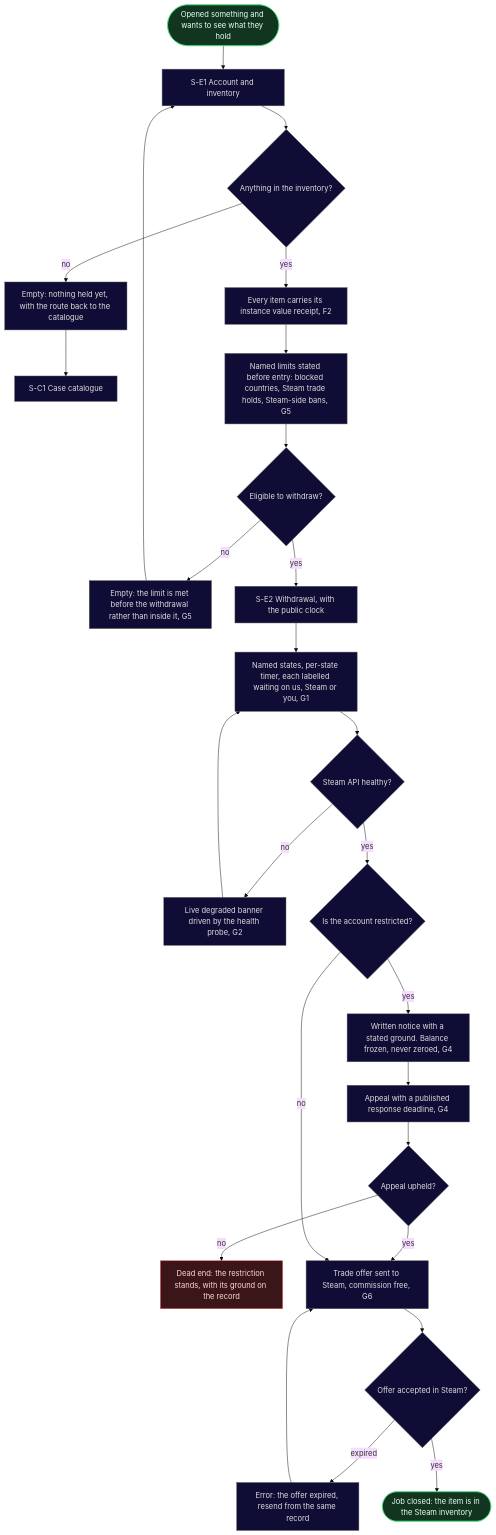
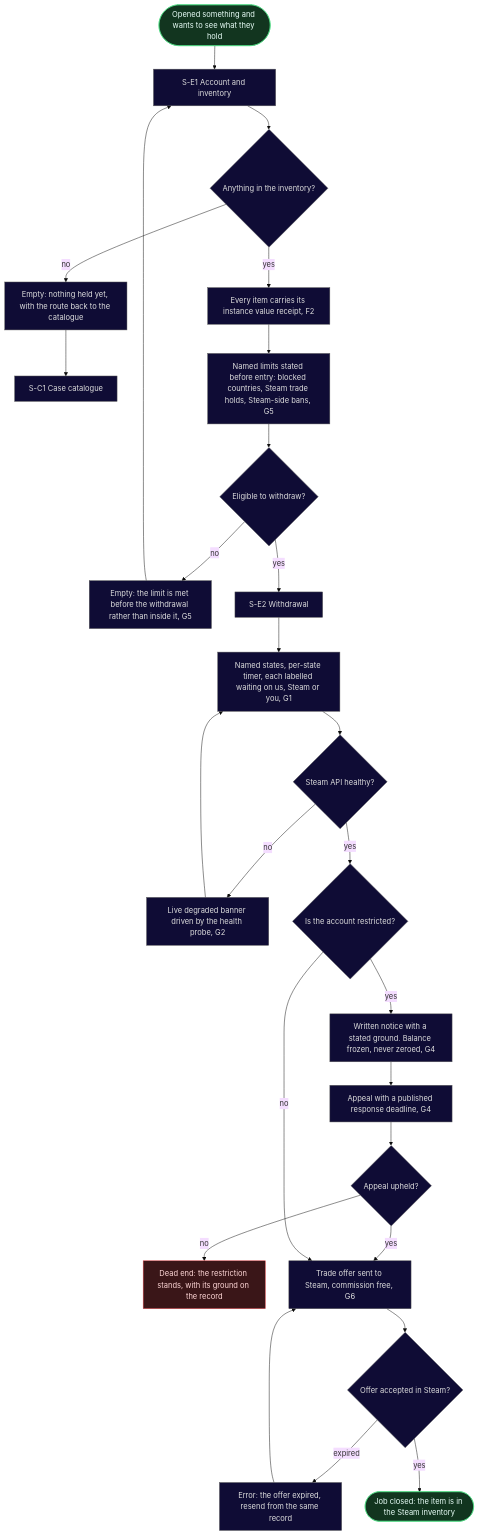
The fifth of 6 diagrams in ia/docs/flows.md (sergiodesign4u-dot/cs2-clutch), drawn with Mermaid (base theme) before and after one commit. The commit also changed other lines of this file and 4 other files, not shown here.

````diff
--- a/ia/docs/flows.md
+++ b/ia/docs/flows.md
@@ -170,35 +215,35 @@
 ```mermaid
 flowchart TD
     W0(["Opened something and wants to see what they hold"]) --> Inv["S-E1 Account and inventory"]
     Inv --> Has{"Anything in the inventory?"}
     Has -->|no| Empty3["Empty: nothing held yet, with the route back to the catalogue"]
     Empty3 --> Cat3["S-C1 Case catalogue"]
     Has -->|yes| Rec["Every item carries its instance value receipt, F2"]
     Rec --> Limits["Named limits stated before entry: blocked countries, Steam trade holds, Steam-side bans, G5"]
     Limits --> Elig{"Eligible to withdraw?"}
     Elig -->|no| NotYet["Empty: the limit is met before the withdrawal rather than inside it, G5"]
     NotYet --> Inv
-    Elig -->|yes| Start2["S-E2 Withdrawal, with the public clock"]
+    Elig -->|yes| Start2["S-E2 Withdrawal"]
     Start2 --> Clock["Named states, per-state timer, each labelled waiting on us, Steam or you, G1"]
     Clock --> Health{"Steam API healthy?"}
     Health -->|no| Degraded["Live degraded banner driven by the health probe, G2"]
     Degraded --> Clock
     Health -->|yes| Review{"Is the account restricted?"}
     Review -->|yes| Notice["Written notice with a stated ground. Balance frozen, never zeroed, G4"]
     Notice --> Appeal["Appeal with a published response deadline, G4"]
     Appeal --> Resolved{"Appeal upheld?"}
     Resolved -->|no| Refused["Dead end: the restriction stands, with its ground on the record"]
     Resolved -->|yes| Send["Trade offer sent to Steam, commission free, G6"]
     Review -->|no| Send
     Send --> Accept{"Offer accepted in Steam?"}
     Accept -->|expired| Expired["Error: the offer expired, resend from the same record"]
     Expired --> Send
     Accept -->|yes| Done(["Job closed: the item is in the Steam inventory"])
 
     classDef success fill:#12351f,stroke:#4ade80,color:#eafff9;
     classDef dead fill:#3a1618,stroke:#e5484d,color:#ffd7d7;
     classDef neutral fill:#0f0c35,stroke:#5a5a5a,color:#dddddd;
     class W0,Done success;
     class Refused dead;
     class Inv,Has,Empty3,Cat3,Rec,Limits,Elig,NotYet,Start2,Clock,Health,Degraded,Review,Notice,Appeal,Resolved,Send,Accept,Expired neutral;
 ```
````
